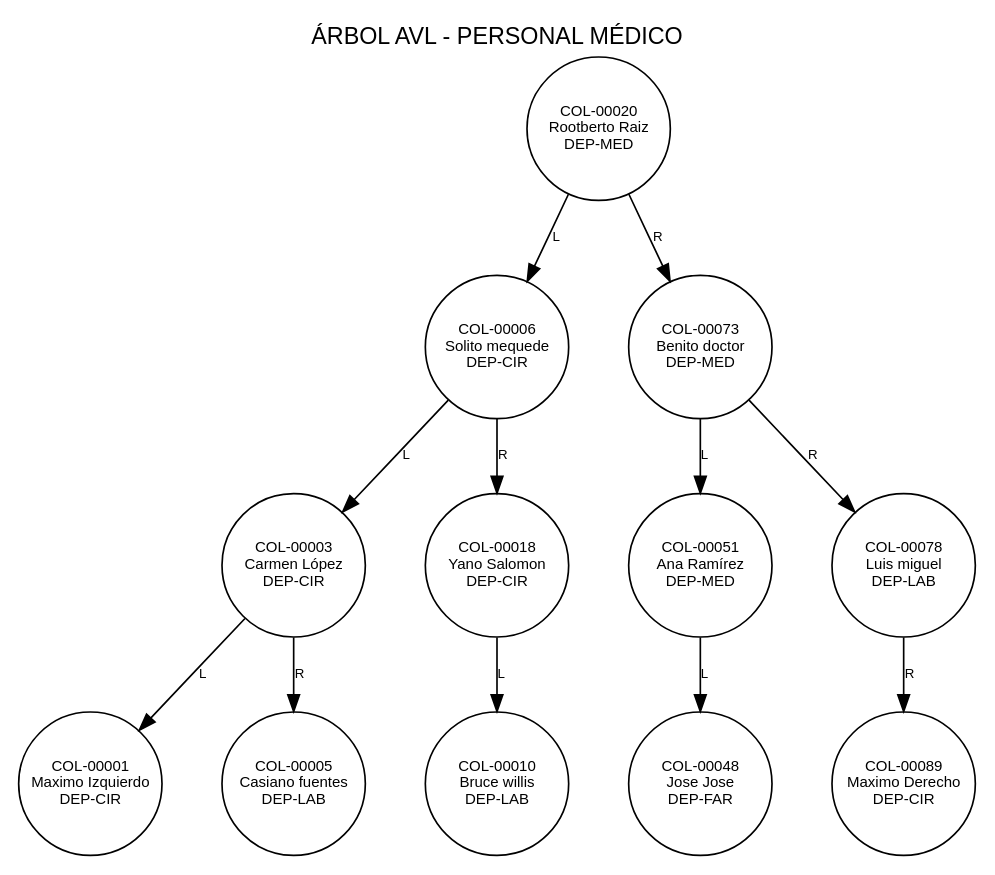
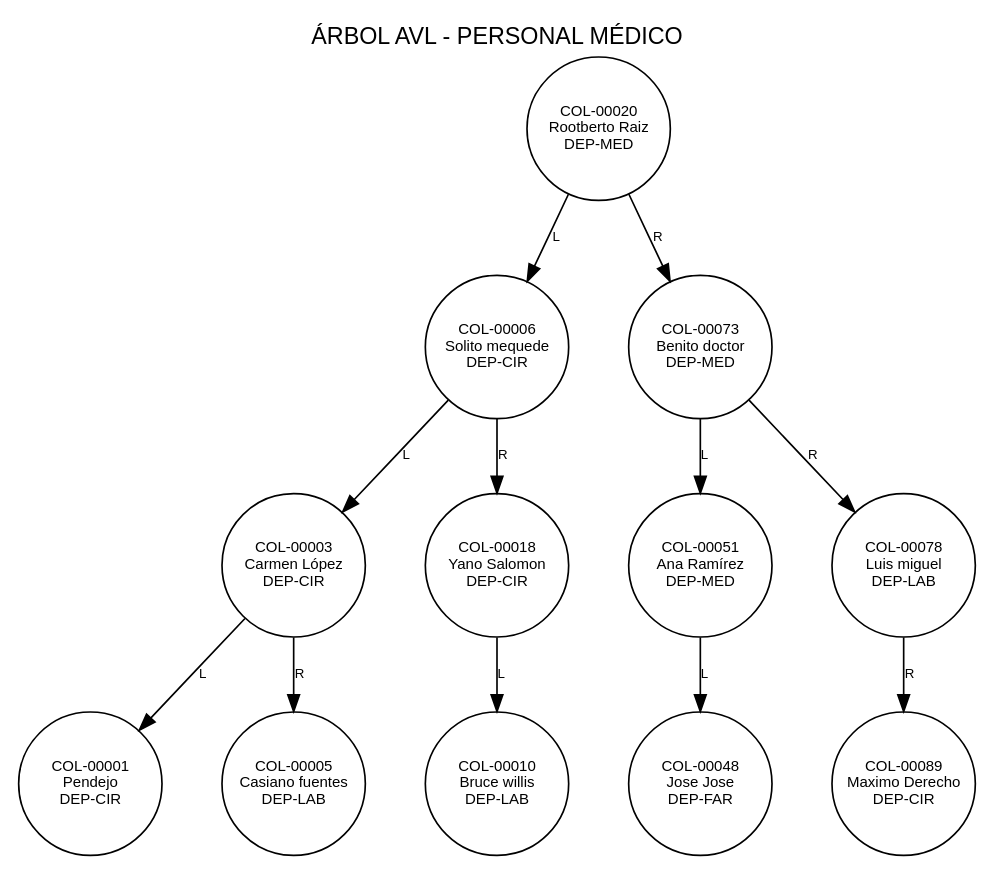
The diagram in EDD_Proyecto1_Fase2/Imagenes/reporte_personal_avl.dot (Wicho45/EDD_1S2026_PY_202300727), drawn with Graphviz before and after one commit. The commit also changed 5 other files, not shown here.

```diff
--- a/EDD_Proyecto1_Fase2/Imagenes/reporte_personal_avl.dot
+++ b/EDD_Proyecto1_Fase2/Imagenes/reporte_personal_avl.dot
@@ -1,55 +1,55 @@
 digraph G {
     graph [nodesep=0.5, ranksep=0.5, fontname="Arial"];
     node [shape=circle, fontname="Arial", fontsize=9, style=filled, fillcolor=white, width=1.2, fixedsize=true];
     edge [fontname="Arial", fontsize=8];
     label="ÁRBOL AVL - PERSONAL MÉDICO";
     labelloc="t";
 
-    "ModeloUsuarioHASH0x72b6d21f8" [label="COL-00020
+    "ModeloUsuarioHASH0xa0362f108" [label="COL-00020
 Rootberto Raiz
 DEP-MED"];
-    "ModeloUsuarioHASH0x72b6d21f8" -> "ModeloUsuarioHASH0x72ac2c510" [label="L"];
-    "ModeloUsuarioHASH0x72ac2c510" [label="COL-00006
+    "ModeloUsuarioHASH0xa0362f108" -> "ModeloUsuarioHASH0xa0362e438" [label="L"];
+    "ModeloUsuarioHASH0xa0362e438" [label="COL-00006
 Solito mequede
 DEP-CIR"];
-    "ModeloUsuarioHASH0x72ac2c510" -> "ModeloUsuarioHASH0x72b6d2a68" [label="L"];
-    "ModeloUsuarioHASH0x72b6d2a68" [label="COL-00003
+    "ModeloUsuarioHASH0xa0362e438" -> "ModeloUsuarioHASH0xa0362f960" [label="L"];
+    "ModeloUsuarioHASH0xa0362f960" [label="COL-00003
 Carmen López
 DEP-CIR"];
-    "ModeloUsuarioHASH0x72b6d2a68" -> "ModeloUsuarioHASH0x72b6d25b8" [label="L"];
-    "ModeloUsuarioHASH0x72b6d25b8" [label="COL-00001
-Maximo Izquierdo
+    "ModeloUsuarioHASH0xa0362f960" -> "ModeloUsuarioHASH0xa0487b840" [label="L"];
+    "ModeloUsuarioHASH0xa0487b840" [label="COL-00001
+Pendejo
 DEP-CIR"];
-    "ModeloUsuarioHASH0x72b6d2a68" -> "ModeloUsuarioHASH0x72ac2c480" [label="R"];
-    "ModeloUsuarioHASH0x72ac2c480" [label="COL-00005
+    "ModeloUsuarioHASH0xa0362f960" -> "ModeloUsuarioHASH0xa0362e390" [label="R"];
+    "ModeloUsuarioHASH0xa0362e390" [label="COL-00005
 Casiano fuentes
 DEP-LAB"];
-    "ModeloUsuarioHASH0x72ac2c510" -> "ModeloUsuarioHASH0x72ac2cab0" [label="R"];
-    "ModeloUsuarioHASH0x72ac2cab0" [label="COL-00018
+    "ModeloUsuarioHASH0xa0362e438" -> "ModeloUsuarioHASH0xa0362e9d8" [label="R"];
+    "ModeloUsuarioHASH0xa0362e9d8" [label="COL-00018
 Yano Salomon
 DEP-CIR"];
-    "ModeloUsuarioHASH0x72ac2cab0" -> "ModeloUsuarioHASH0x72ac2f450" [label="L"];
-    "ModeloUsuarioHASH0x72ac2f450" [label="COL-00010
+    "ModeloUsuarioHASH0xa0362e9d8" -> "ModeloUsuarioHASH0xa04868930" [label="L"];
+    "ModeloUsuarioHASH0xa04868930" [label="COL-00010
 Bruce willis
 DEP-LAB"];
-    "ModeloUsuarioHASH0x72b6d21f8" -> "ModeloUsuarioHASH0x72b6d2bb8" [label="R"];
-    "ModeloUsuarioHASH0x72b6d2bb8" [label="COL-00073
+    "ModeloUsuarioHASH0xa0362f108" -> "ModeloUsuarioHASH0xa0362faf8" [label="R"];
+    "ModeloUsuarioHASH0xa0362faf8" [label="COL-00073
 Benito doctor
 DEP-MED"];
-    "ModeloUsuarioHASH0x72b6d2bb8" -> "ModeloUsuarioHASH0x72b6d20a8" [label="L"];
-    "ModeloUsuarioHASH0x72b6d20a8" [label="COL-00051
+    "ModeloUsuarioHASH0xa0362faf8" -> "ModeloUsuarioHASH0xa03ff7588" [label="L"];
+    "ModeloUsuarioHASH0xa03ff7588" [label="COL-00051
 Ana Ramírez
 DEP-MED"];
-    "ModeloUsuarioHASH0x72b6d20a8" -> "ModeloUsuarioHASH0x72ac2ce70" [label="L"];
-    "ModeloUsuarioHASH0x72ac2ce70" [label="COL-00048
+    "ModeloUsuarioHASH0xa03ff7588" -> "ModeloUsuarioHASH0xa04868378" [label="L"];
+    "ModeloUsuarioHASH0xa04868378" [label="COL-00048
 Jose Jose
 DEP-FAR"];
-    "ModeloUsuarioHASH0x72b6d2bb8" -> "ModeloUsuarioHASH0x72ac2c090" [label="R"];
-    "ModeloUsuarioHASH0x72ac2c090" [label="COL-00078
+    "ModeloUsuarioHASH0xa0362faf8" -> "ModeloUsuarioHASH0xa0362ffc0" [label="R"];
+    "ModeloUsuarioHASH0xa0362ffc0" [label="COL-00078
 Luis miguel
 DEP-LAB"];
-    "ModeloUsuarioHASH0x72ac2c090" -> "ModeloUsuarioHASH0x72ac2c960" [label="R"];
-    "ModeloUsuarioHASH0x72ac2c960" [label="COL-00089
+    "ModeloUsuarioHASH0xa0362ffc0" -> "ModeloUsuarioHASH0xa0362e8d0" [label="R"];
+    "ModeloUsuarioHASH0xa0362e8d0" [label="COL-00089
 Maximo Derecho
 DEP-CIR"];
 }
```
